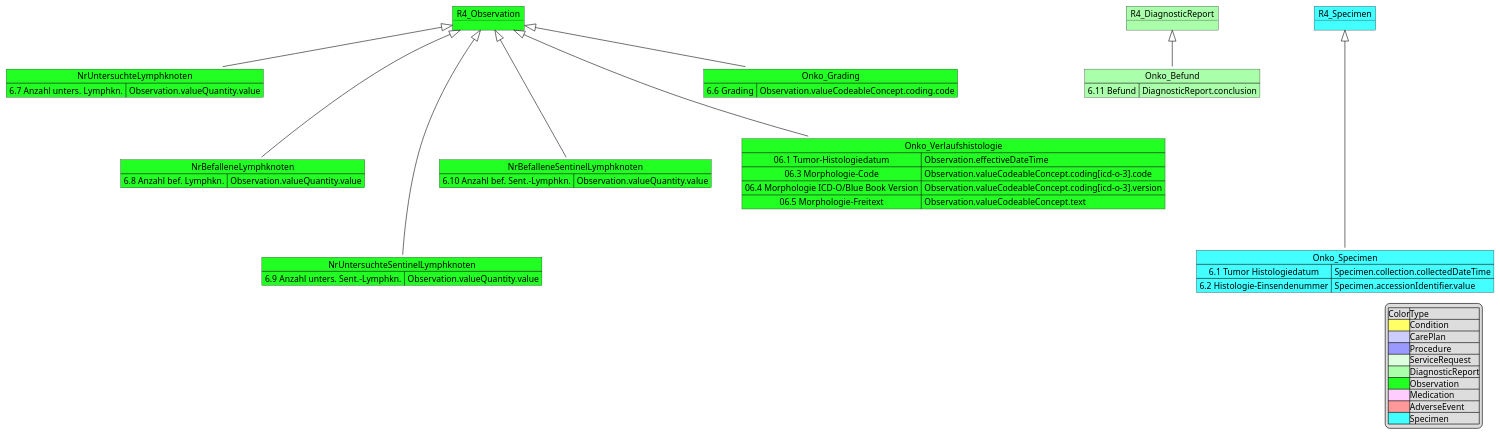
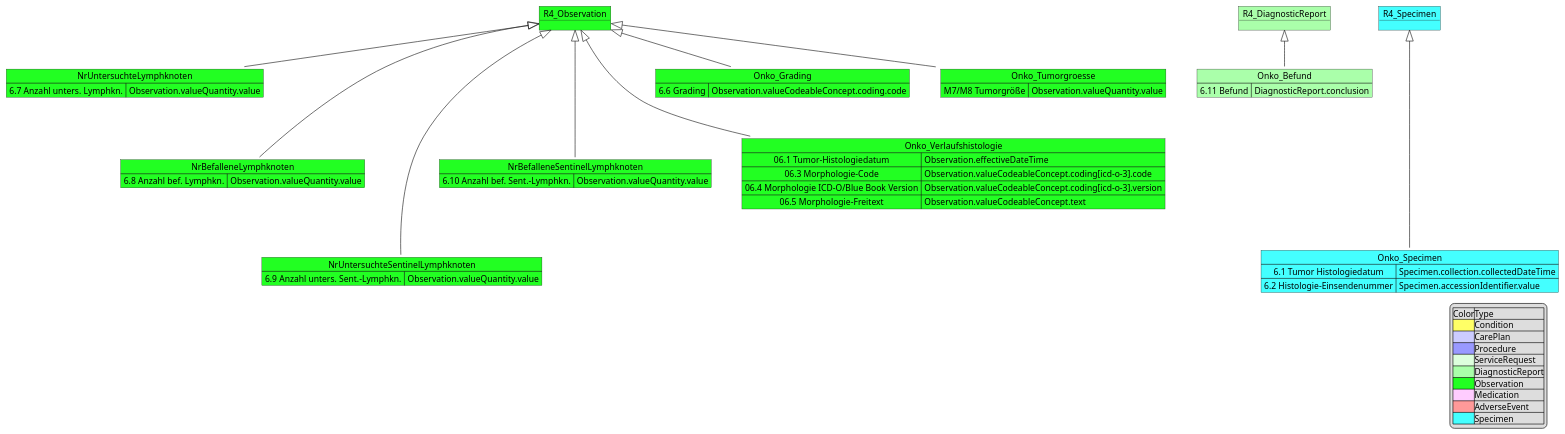
The diagram in input/images-source/MII_Onko_06_Histologie.pu (medizininformatik-initiative/kerndatensatzmodul-onkologie), drawn with PlantUML before and after one commit. The commit also changed 4 other files, not shown here.

First line of the commit message:
feat: Update UML diagrams and add PlantUML auto-rendering workflow

```diff
--- a/input/images-source/MII_Onko_06_Histologie.pu
+++ b/input/images-source/MII_Onko_06_Histologie.pu
@@ -1,77 +1,83 @@
 @startuml MII_Onko_06_Histologie
 
 object R4_Observation #22FF22
 
 Map  NrUntersuchteLymphknoten #22FF22 {
     6.7 Anzahl unters. Lymphkn. => Observation.valueQuantity.value
 }
 
 R4_Observation <|-down- NrUntersuchteLymphknoten
 
 Map NrBefalleneLymphknoten #22FF22 {
 6.8 Anzahl bef. Lymphkn. => Observation.valueQuantity.value
 }
 R4_Observation <|-down-- NrBefalleneLymphknoten
 
 
 Map NrUntersuchteSentinelLymphknoten  #22FF22{
 6.9 Anzahl unters. Sent.-Lymphkn. => Observation.valueQuantity.value
 }
 
 R4_Observation <|-down--- NrUntersuchteSentinelLymphknoten
 
 Map NrBefalleneSentinelLymphknoten  #22FF22{
 6.10 Anzahl bef. Sent.-Lymphkn. => Observation.valueQuantity.value
 }
 R4_Observation <|-down-- NrBefalleneSentinelLymphknoten
 
 Map Onko_Verlaufshistologie #22FF22 {
     06.1 Tumor-Histologiedatum=> Observation.effectiveDateTime
     06.3 Morphologie-Code => Observation.valueCodeableConcept.coding[icd-o-3].code
     06.4 Morphologie ICD-O/Blue Book Version => Observation.valueCodeableConcept.coding[icd-o-3].version
     06.5 Morphologie-Freitext => Observation.valueCodeableConcept.text
 }
 
 
 R4_Observation <|-down-- Onko_Verlaufshistologie
 
 
 Map Onko_Grading #22FF22 {
 6.6 Grading =>Observation.valueCodeableConcept.coding.code
 }
 
 
 R4_Observation <|-- Onko_Grading
 
+Map Onko_Tumorgroesse #22FF22 {
+M7/M8 Tumorgröße => Observation.valueQuantity.value
+}
+
+R4_Observation <|-- Onko_Tumorgroesse
+
 Map Onko_Befund #AAFFAA{
 6.11 Befund => DiagnosticReport.conclusion
 }
 
  
 object R4_DiagnosticReport #AAFFAA
 R4_DiagnosticReport <|-- Onko_Befund 
 
 Map Onko_Specimen #44FFFF {
 6.1 Tumor Histologiedatum => Specimen.collection.collectedDateTime
 6.2 Histologie-Einsendenummer => Specimen.accessionIdentifier.value
 }
 
 object R4_Specimen #44FFFF
 R4_Specimen <|---- Onko_Specimen
 
 legend right 
 |Color|Type|
 |<#FFFF66>|Condition|
 |<#CCCCFF>|CarePlan|
 |<#9999FF>|Procedure|
 |<#DDFFDD>|ServiceRequest|
 |<#AAFFAA>|DiagnosticReport|
 |<#22FF22>|Observation|
 |<#FFCCFF>|Medication|
 |<#FF9999>|AdverseEvent|
 |<#44FFFF>|Specimen|
 endlegend
 
 
 
 @enduml
```
